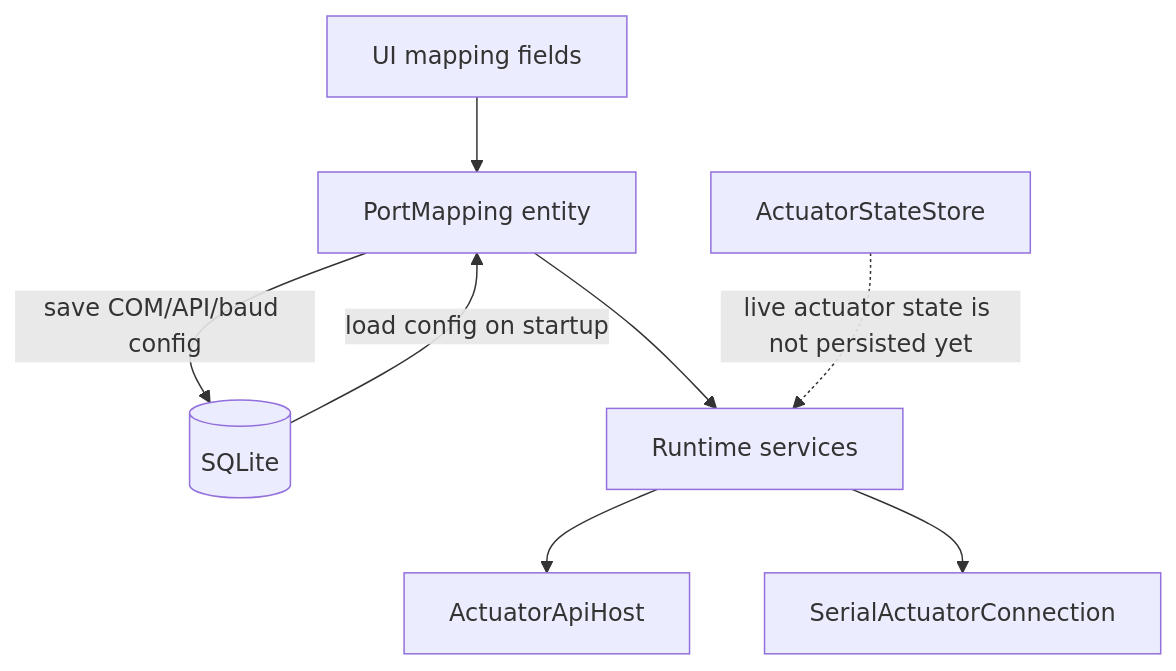
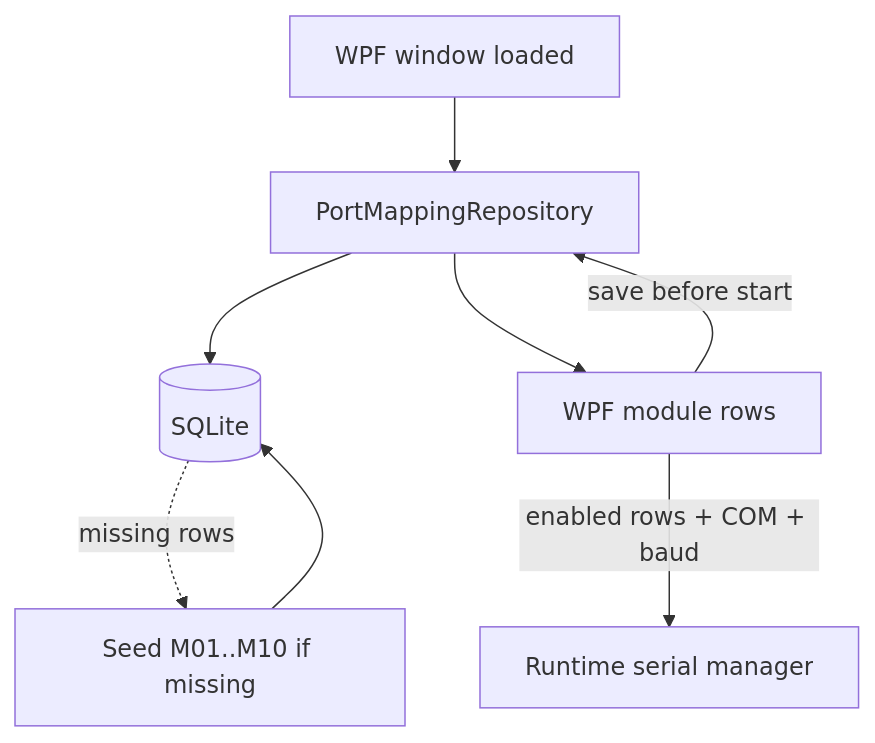
The eighth of 8 diagrams in linear_actuator/SYSTEM_DIAGRAM.md (Arastookhajehee/linear_actuator_dev), drawn with Mermaid before and after one commit. The commit also changed other lines of this file and 16 other files, not shown here.

Commit message:
Add bundled actuator module support

````diff
--- a/linear_actuator/SYSTEM_DIAGRAM.md
+++ b/linear_actuator/SYSTEM_DIAGRAM.md
@@ -218,18 +196,17 @@
 ```mermaid
 flowchart TD
-    settings[UI mapping fields]
-    mapping[PortMapping entity]
-    sqlite[(SQLite)]
-    runtime[Runtime services]
-    api[ActuatorApiHost]
-    serial[SerialActuatorConnection]
-    state[ActuatorStateStore]
+    startup[WPF window loaded]
+    repo[PortMappingRepository]
+    db[(SQLite)]
+    seed[Seed M01..M10 if missing]
+    rows[WPF module rows]
+    runtime[Runtime serial manager]
 
-    settings --> mapping
-    mapping -->|save COM/API/baud config| sqlite
-    sqlite -->|load config on startup| mapping
-    mapping --> runtime
-    runtime --> api
-    runtime --> serial
-    state -. live actuator state is not persisted yet .-> runtime
+    startup --> repo
+    repo --> db
+    db -. missing rows .-> seed
+    seed --> db
+    repo --> rows
+    rows -->|save before start| repo
+    rows -->|enabled rows + COM + baud| runtime
 ```
````
